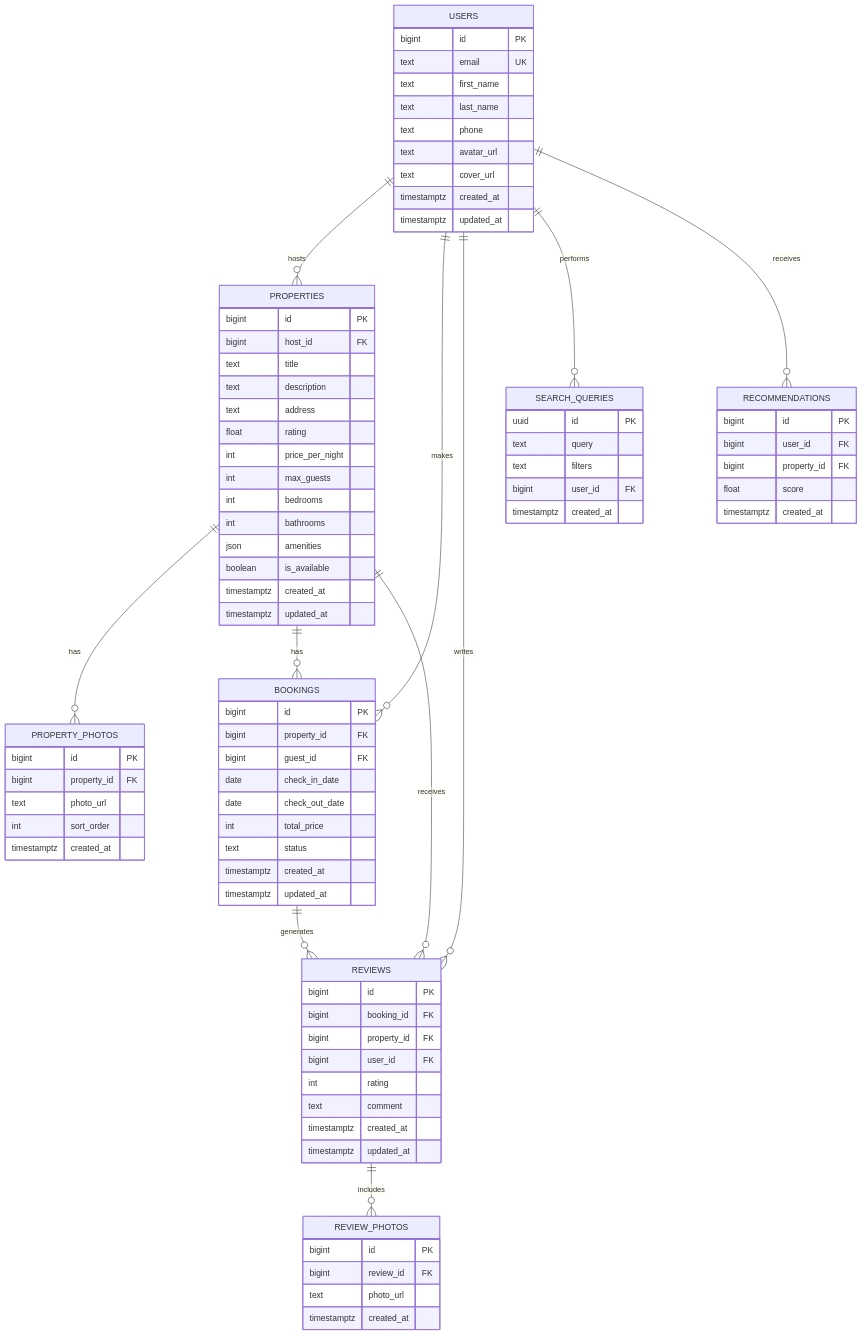
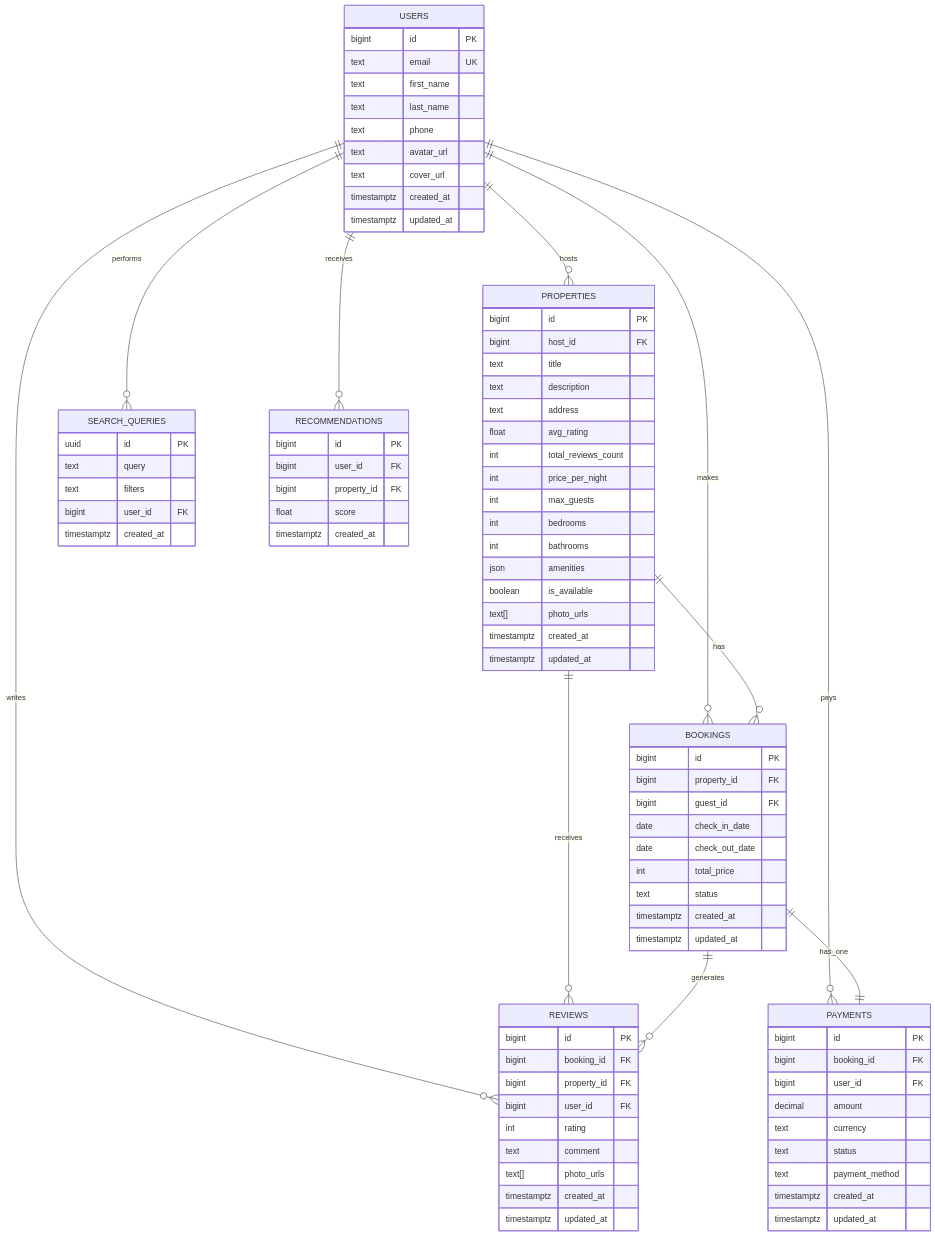
One commit to 1maryam2/vk_education_highload changed the first of 2 diagrams in README.md. Above: the diagram before and after it, drawn with Mermaid. The commit also changed other lines of this file, not shown here.

````diff
--- a/README.md
+++ b/README.md
@@ -381,23 +381,17 @@
         text title
         text description
         text address
-        float rating
+        float avg_rating
+        int total_reviews_count
         int price_per_night
         int max_guests
         int bedrooms
         int bathrooms
         json amenities
         boolean is_available
+        text[] photo_urls
         timestamptz created_at
         timestamptz updated_at
-    }
-
-    PROPERTY_PHOTOS {
-        bigint id PK
-        bigint property_id FK
-        text photo_url
-        int sort_order
-        timestamptz created_at
     }
 
     BOOKINGS {
@@ -412,6 +406,18 @@
         timestamptz updated_at
     }
 
+    PAYMENTS {
+        bigint id PK
+        bigint booking_id FK
+        bigint user_id FK
+        decimal amount
+        text currency
+        text status
+        text payment_method
+        timestamptz created_at
+        timestamptz updated_at
+    }
+
     REVIEWS {
         bigint id PK
         bigint booking_id FK
@@ -419,15 +425,9 @@
         bigint user_id FK
         int rating
         text comment
+        text[] photo_urls
         timestamptz created_at
         timestamptz updated_at
-    }
-
-    REVIEW_PHOTOS {
-        bigint id PK
-        bigint review_id FK
-        text photo_url
-        timestamptz created_at
     }
 
     SEARCH_QUERIES {
@@ -451,12 +451,11 @@
     USERS ||--o{ REVIEWS : writes
     USERS ||--o{ SEARCH_QUERIES : performs
     USERS ||--o{ RECOMMENDATIONS : receives
+    USERS ||--o{ PAYMENTS : pays
 
-    PROPERTIES ||--o{ PROPERTY_PHOTOS : has
     PROPERTIES ||--o{ BOOKINGS : has
     PROPERTIES ||--o{ REVIEWS : receives
 
     BOOKINGS ||--o{ REVIEWS : generates
-
-    REVIEWS ||--o{ REVIEW_PHOTOS : includes
+    BOOKINGS ||--|| PAYMENTS : has_one
 ```
````
